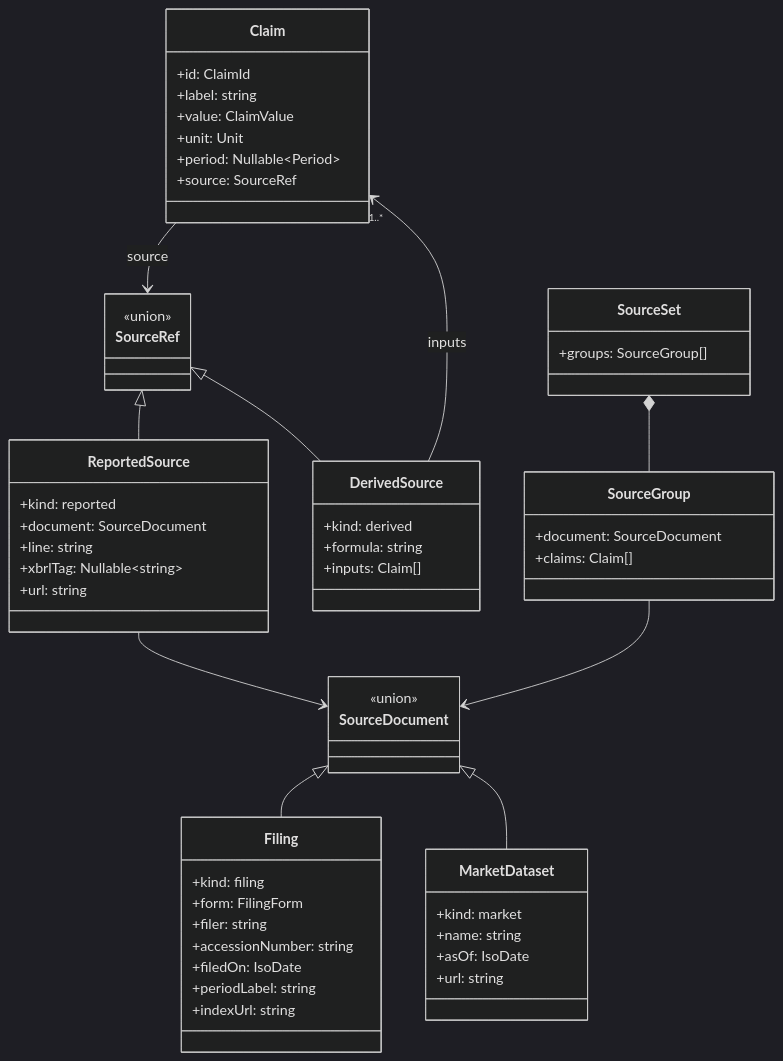
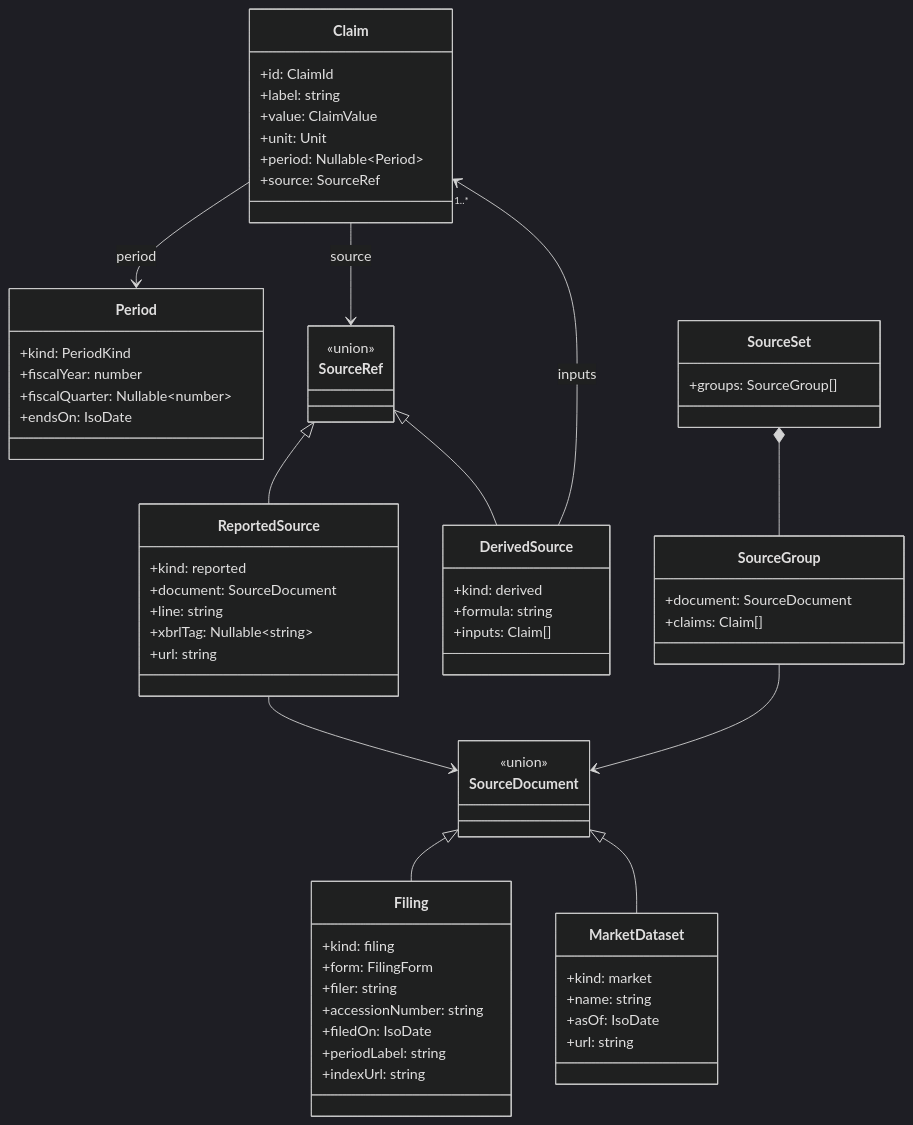
The second of 7 diagrams in design/uml_class_diagram/company_data_model.md (ironcapitaleu/frontend), drawn with Mermaid (dark theme) before and after one commit. The commit also changed other lines of this file and 1 other file, not shown here.

````diff
--- a/design/uml_class_diagram/company_data_model.md
+++ b/design/uml_class_diagram/company_data_model.md
@@ -93,60 +156,67 @@
 ```mermaid
 classDiagram
     class Claim {
         +id: ClaimId
         +label: string
         +value: ClaimValue
         +unit: Unit
         +period: Nullable~Period~
         +source: SourceRef
+    }
+    class Period {
+        +kind: PeriodKind
+        +fiscalYear: number
+        +fiscalQuarter: Nullable~number~
+        +endsOn: IsoDate
     }
     class SourceRef {
         <<union>>
     }
     class ReportedSource {
         +kind: reported
         +document: SourceDocument
         +line: string
         +xbrlTag: Nullable~string~
         +url: string
     }
     class DerivedSource {
         +kind: derived
         +formula: string
         +inputs: Claim[]
     }
     class SourceDocument {
         <<union>>
     }
     class Filing {
         +kind: filing
         +form: FilingForm
         +filer: string
         +accessionNumber: string
         +filedOn: IsoDate
         +periodLabel: string
         +indexUrl: string
     }
     class MarketDataset {
         +kind: market
         +name: string
         +asOf: IsoDate
         +url: string
     }
     class SourceSet {
         +groups: SourceGroup[]
     }
     class SourceGroup {
         +document: SourceDocument
         +claims: Claim[]
     }
+    Claim --> Period : period
     Claim --> SourceRef : source
     SourceRef <|-- ReportedSource
     SourceRef <|-- DerivedSource
     DerivedSource --> "1..*" Claim : inputs
     ReportedSource --> SourceDocument
     SourceDocument <|-- Filing
     SourceDocument <|-- MarketDataset
     SourceSet *-- SourceGroup
     SourceGroup --> SourceDocument
 ```
````
